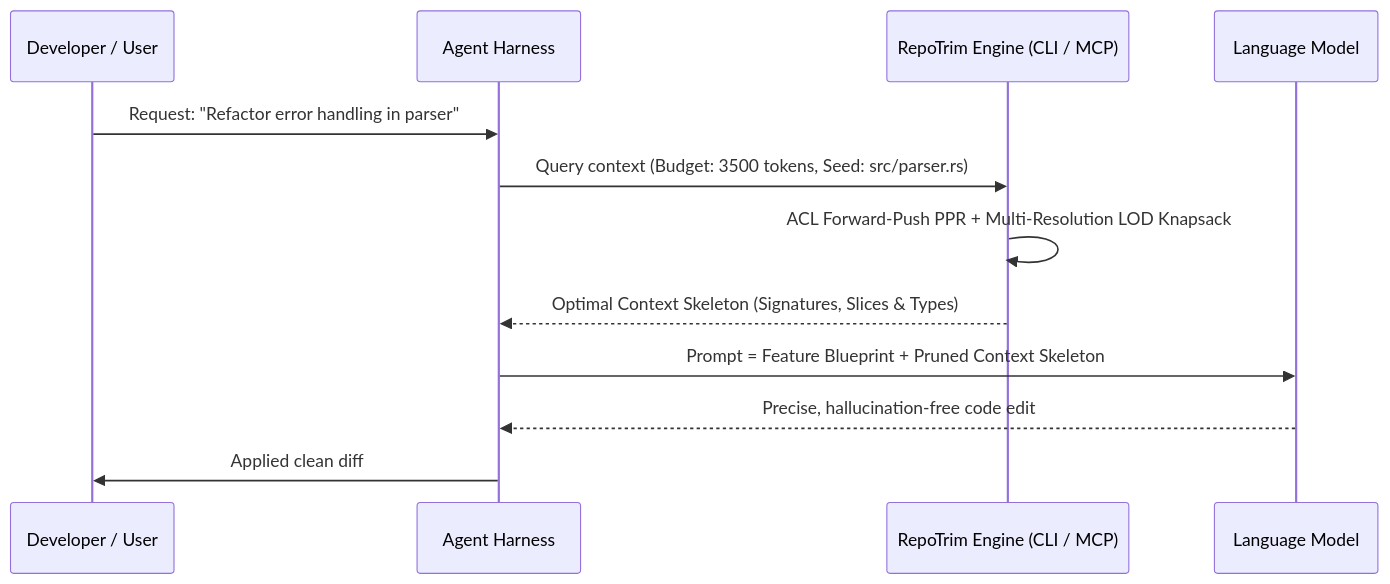
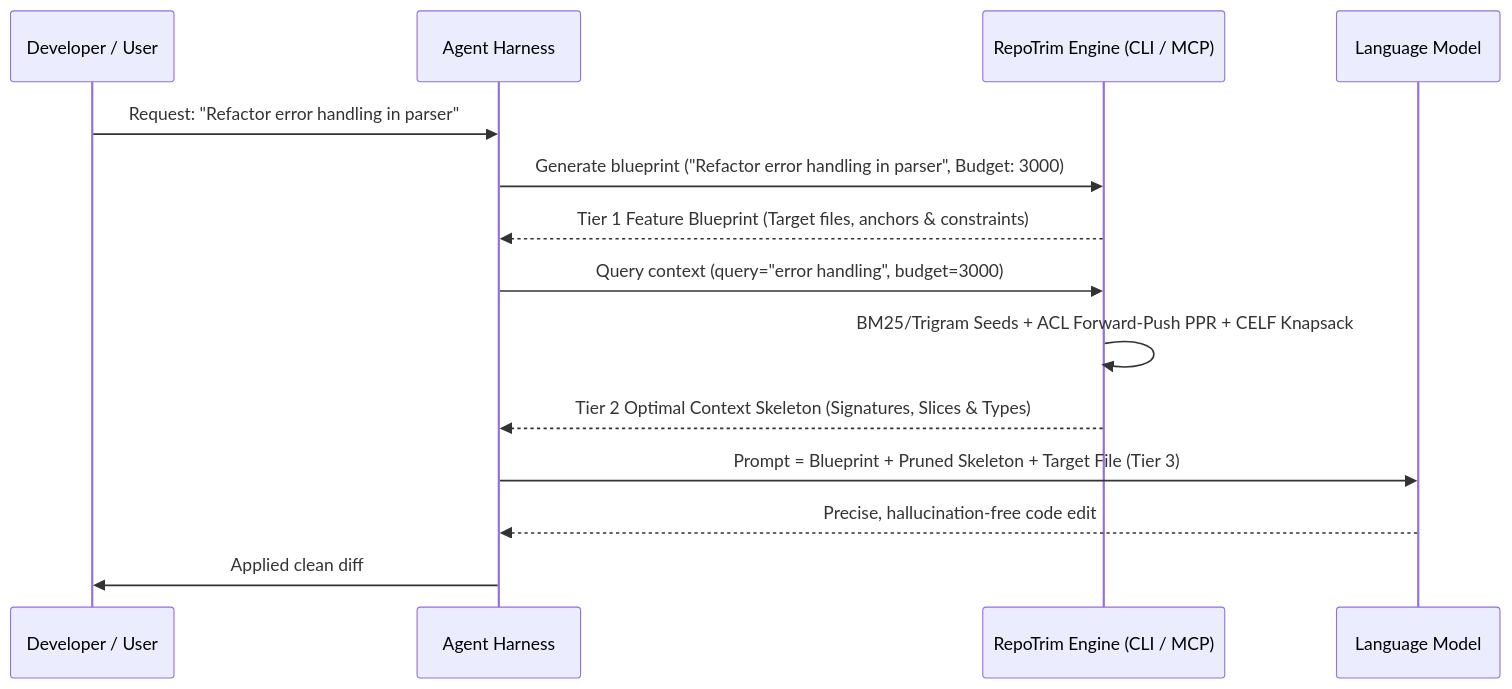
One commit to MatinBodaghi/repotrim changed the diagram in docs/harness/OVERVIEW.md. Above: the diagram before and after it, drawn with Mermaid. The commit also changed other lines of this file and 8 other files, not shown here.

````diff
--- a/docs/harness/OVERVIEW.md
+++ b/docs/harness/OVERVIEW.md
@@ -21,15 +21,17 @@
 ```mermaid
 sequenceDiagram
     participant User as Developer / User
     participant Harness as Agent Harness
     participant RT as RepoTrim Engine (CLI / MCP)
     participant LLM as Language Model
 
     User->>Harness: Request: "Refactor error handling in parser"
-    Harness->>RT: Query context (Budget: 3500 tokens, Seed: src/parser.rs)
-    RT->>RT: ACL Forward-Push PPR + Multi-Resolution LOD Knapsack
-    RT-->>Harness: Optimal Context Skeleton (Signatures, Slices & Types)
-    Harness->>LLM: Prompt = Feature Blueprint + Pruned Context Skeleton
+    Harness->>RT: Generate blueprint ("Refactor error handling in parser", Budget: 3000)
+    RT-->>Harness: Tier 1 Feature Blueprint (Target files, anchors & constraints)
+    Harness->>RT: Query context (query="error handling", budget=3000)
+    RT->>RT: BM25/Trigram Seeds + ACL Forward-Push PPR + CELF Knapsack
+    RT-->>Harness: Tier 2 Optimal Context Skeleton (Signatures, Slices & Types)
+    Harness->>LLM: Prompt = Blueprint + Pruned Skeleton + Target File (Tier 3)
     LLM-->>Harness: Precise, hallucination-free code edit
     Harness->>User: Applied clean diff
 ```
````
